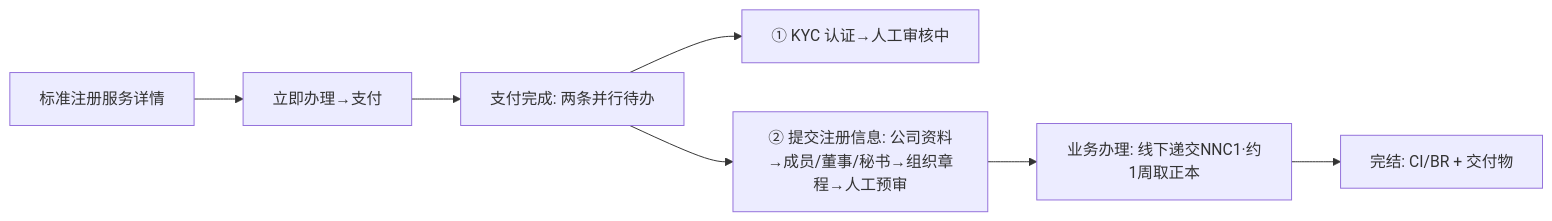
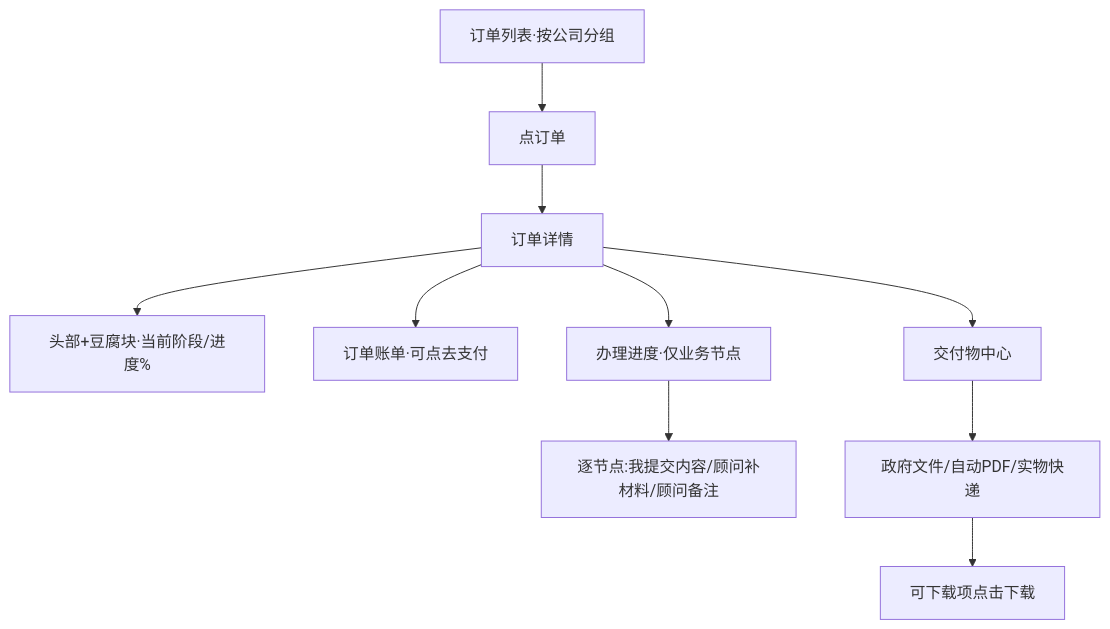
The sixth of 10 diagrams in docs/PRD_小程序完整版_v1.0.md (xiahan3/leapex_Leapexbiz), drawn with Mermaid before and after one commit. The commit also changed other lines of this file and 2 other files, not shown here.

````diff
--- a/docs/PRD_小程序完整版_v1.0.md
+++ b/docs/PRD_小程序完整版_v1.0.md
@@ -157,9 +241,12 @@
 ```mermaid
-flowchart LR
-  A[标准注册服务详情] --> B[立即办理→支付]
-  B --> C[支付完成: 两条并行待办]
-  C --> K[① KYC 认证→人工审核中]
-  C --> D[② 提交注册信息: 公司资料→成员/董事/秘书→组织章程→人工预审]
-  D --> G[业务办理: 线下递交NNC1·约1周取正本]
-  G --> H[完结: CI/BR + 交付物]
+flowchart TD
+    A[订单列表·按公司分组] --> B[点订单]
+    B --> C[订单详情]
+    C --> C1[头部+豆腐块·当前阶段/进度%]
+    C --> C2[订单账单·可点去支付]
+    C --> C3[办理进度·仅业务节点]
+    C3 --> D[逐节点:我提交内容/顾问补材料/顾问备注]
+    C --> E[交付物中心]
+    E --> F[政府文件/自动PDF/实物快递]
+    F --> G[可下载项点击下载]
 ```
````
